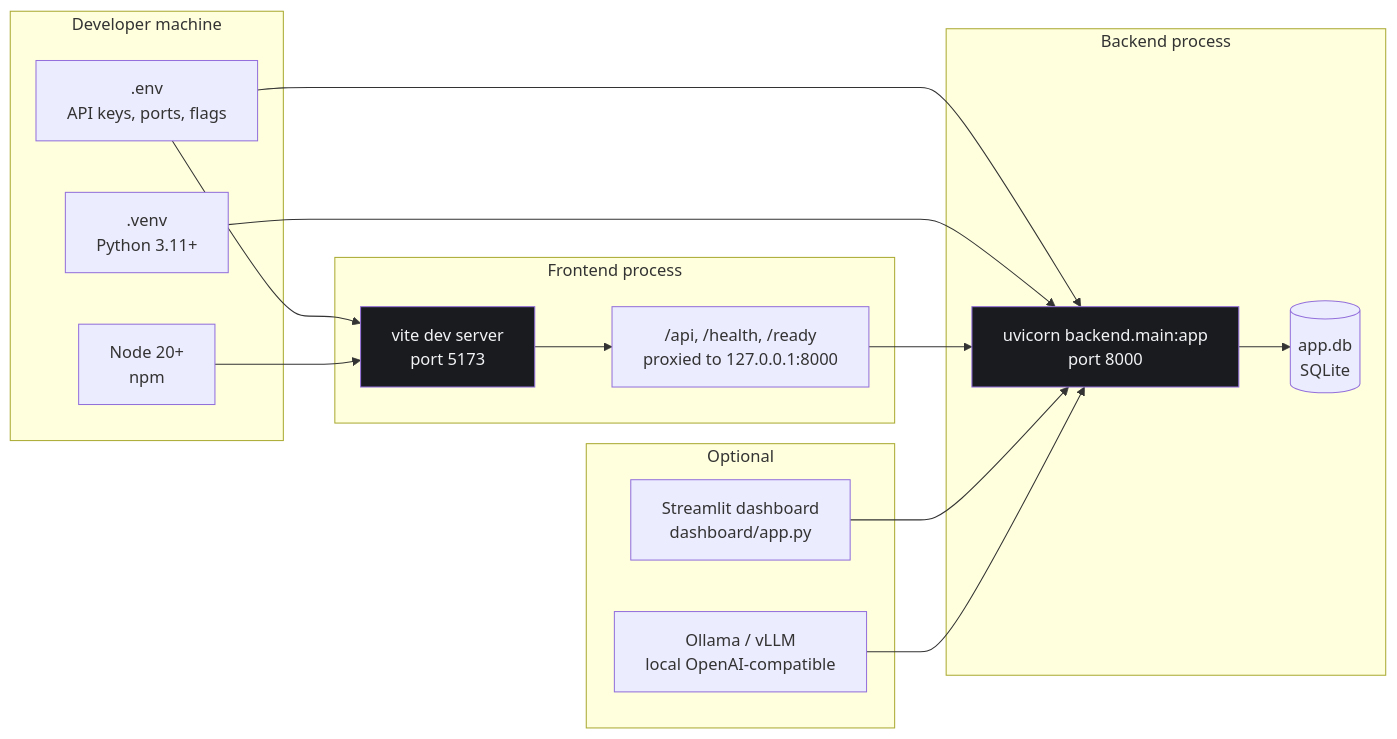
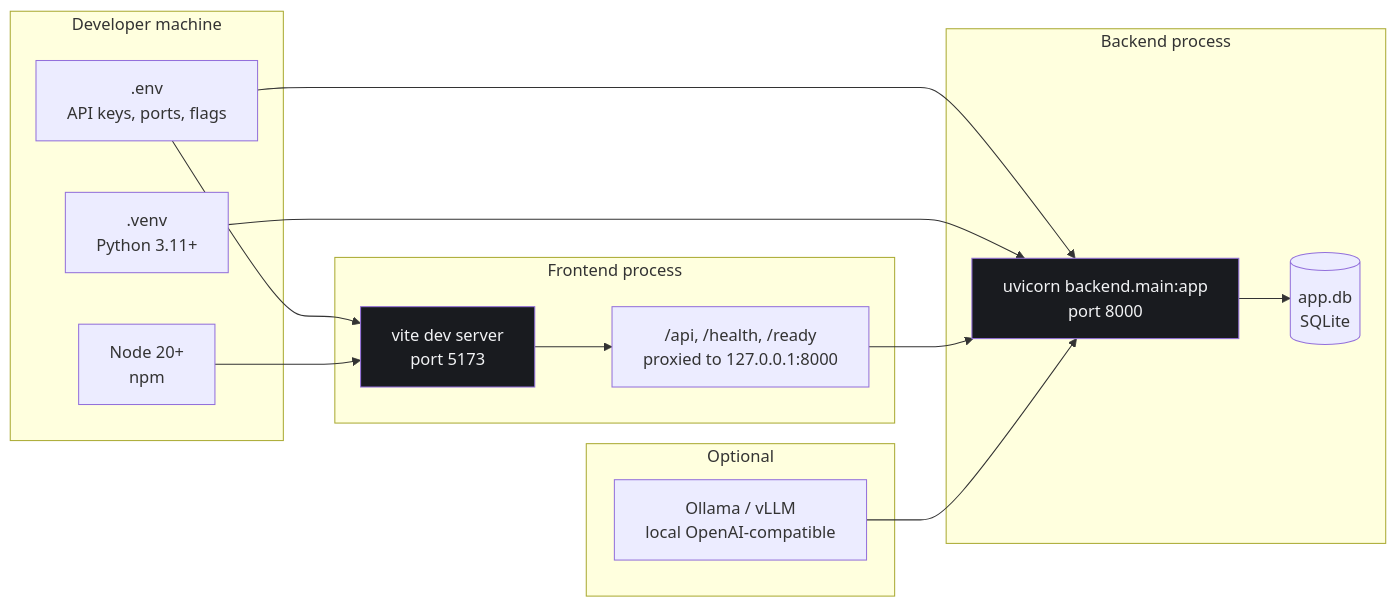
Before and after one commit to ZaidSaudagar/end-to-end-llm-testing-benchmarking-regression-analysis: the diagram in docs/diagrams/10-deployment-topology.mmd, drawn with Mermaid. The commit also changed 20 other files, not shown here.

Commit message:
Removing Streamlit dashboard and make the React SPA the only UI

```diff
--- a/docs/diagrams/10-deployment-topology.mmd
+++ b/docs/diagrams/10-deployment-topology.mmd
@@ -1,34 +1,32 @@
 flowchart LR
     subgraph Dev["Developer machine"]
         ENV[".env<br/>API keys, ports, flags"]
         VENV[".venv<br/>Python 3.11+"]
         NODE["Node 20+<br/>npm"]
     end
 
     subgraph Backend["Backend process"]
         UV["uvicorn backend.main:app<br/>port 8000"]
         DBF[("app.db<br/>SQLite")]
     end
 
     subgraph Frontend["Frontend process"]
         VITE["vite dev server<br/>port 5173"]
         PROXY["/api, /health, /ready<br/>proxied to 127.0.0.1:8000"]
     end
 
     subgraph Optional["Optional"]
-        STREAMLIT["Streamlit dashboard<br/>dashboard/app.py"]
         OLLAMA["Ollama / vLLM<br/>local OpenAI-compatible"]
     end
 
     ENV --> UV
     ENV --> VITE
     VENV --> UV
     NODE --> VITE
     UV --> DBF
     VITE --> PROXY
     PROXY --> UV
-    STREAMLIT --> UV
     OLLAMA --> UV
 
     style UV fill:#191b1f,color:#f2f3f5
     style VITE fill:#191b1f,color:#f2f3f5
```
